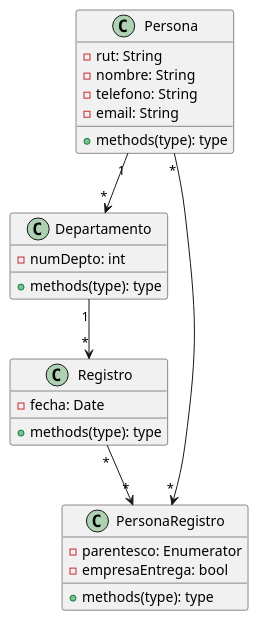
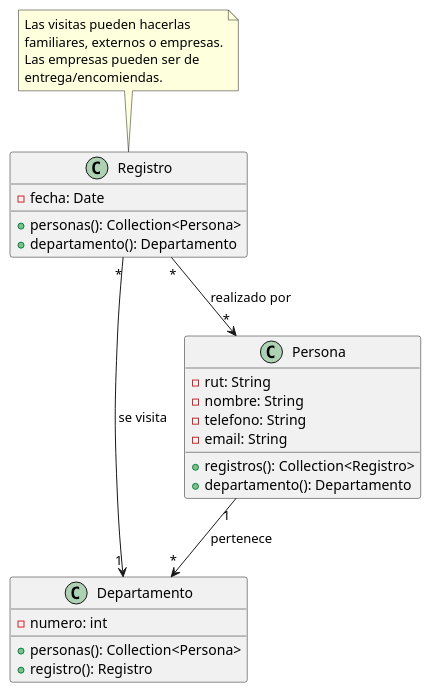
Before and after one commit to IgnacioNMiranda/concierge: the diagram in backendweb/diagrama.clases.md, drawn with PlantUML. The commit also changed 1 other file, not shown here.

Commit message:
feat: creation of domain model using plantUML. refactor: updates on class diagram.

```diff
--- a/backendweb/diagrama.clases.md
+++ b/backendweb/diagrama.clases.md
@@ -3,30 +3,28 @@
 @startuml
 class Departamento {
-    -numDepto: int
-    +methods(type): type
+    -numero: int
+    +personas(): Collection<Persona>
+    +registro(): Registro
 }
 
 class Persona {
     -rut: String
     -nombre: String
     -telefono: String
     -email: String
-    +methods(type): type
+    +registros(): Collection<Registro>
+    +departamento(): Departamento
 }
 
 class Registro {
     -fecha: Date
-    +methods(type): type
+    +personas(): Collection<Persona>
+    +departamento(): Departamento
 }
 
-class PersonaRegistro {
-    -parentesco: Enumerator
-    -empresaEntrega: bool
-    +methods(type): type
-}
+note top of Registro : Las visitas pueden hacerlas\nfamiliares, externos o empresas.\nLas empresas pueden ser de \nentrega/encomiendas.
 
-Persona "1" --> "*" Departamento
-Departamento "1" --> "*" Registro
-Persona "*" --> "*" PersonaRegistro
-Registro "*" --> "*" PersonaRegistro
+Persona "1" --> "*" Departamento : pertenece
+Registro "*" --> "1" Departamento : se visita
+Registro "*" --> "*" Persona : realizado por 
 @enduml
```
